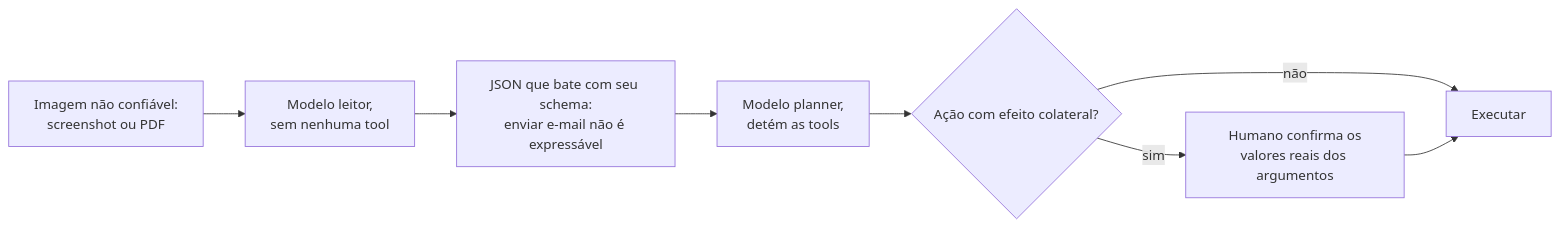
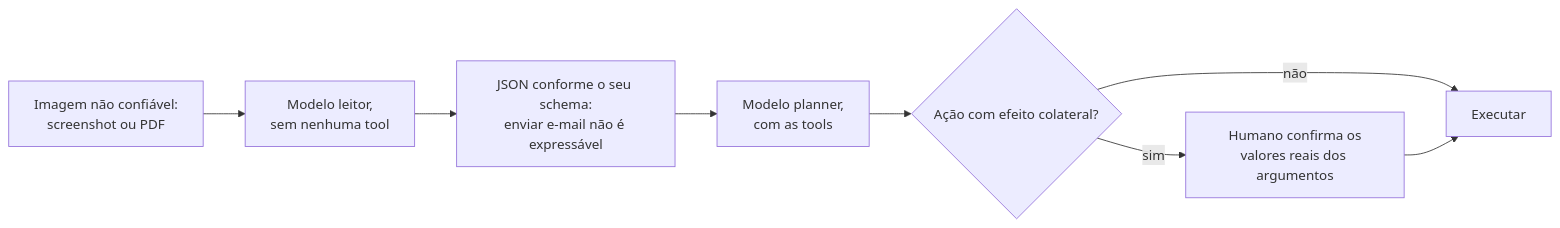
Diagram 14 of 21 in 10-multimodal/questions.pt-BR.md (andrevberaldo/AI-Engineer-Interview-Questions), drawn with Mermaid before and after one commit. The commit also changed other lines of this file and 1 other file, not shown here.

````diff
--- a/10-multimodal/questions.pt-BR.md
+++ b/10-multimodal/questions.pt-BR.md
@@ -606,10 +606,10 @@
 ```mermaid
 flowchart LR
     A["Imagem não confiável:<br/>screenshot ou PDF"] --> B["Modelo leitor,<br/>sem nenhuma tool"]
-    B --> C["JSON que bate com seu schema:<br/>enviar e-mail não é expressável"]
-    C --> D["Modelo planner,<br/>detém as tools"]
+    B --> C["JSON conforme o seu schema:<br/>enviar e-mail não é expressável"]
+    C --> D["Modelo planner,<br/>com as tools"]
     D --> E{"Ação com efeito colateral?"}
     E -->|"sim"| F["Humano confirma os<br/>valores reais dos argumentos"]
     E -->|"não"| G["Executar"]
     F --> G
 ```
````
